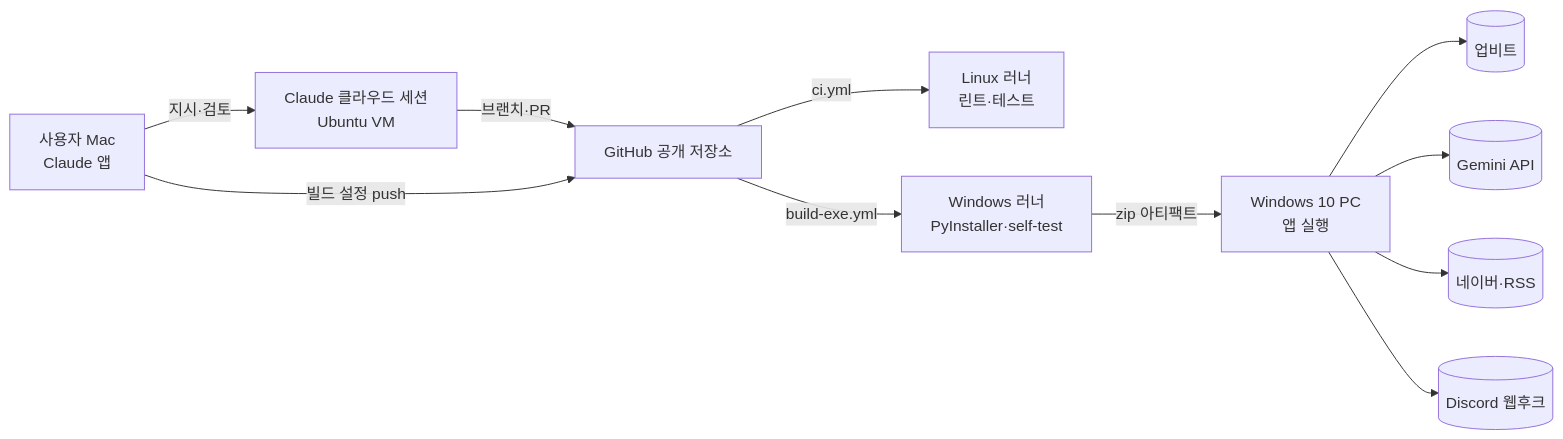
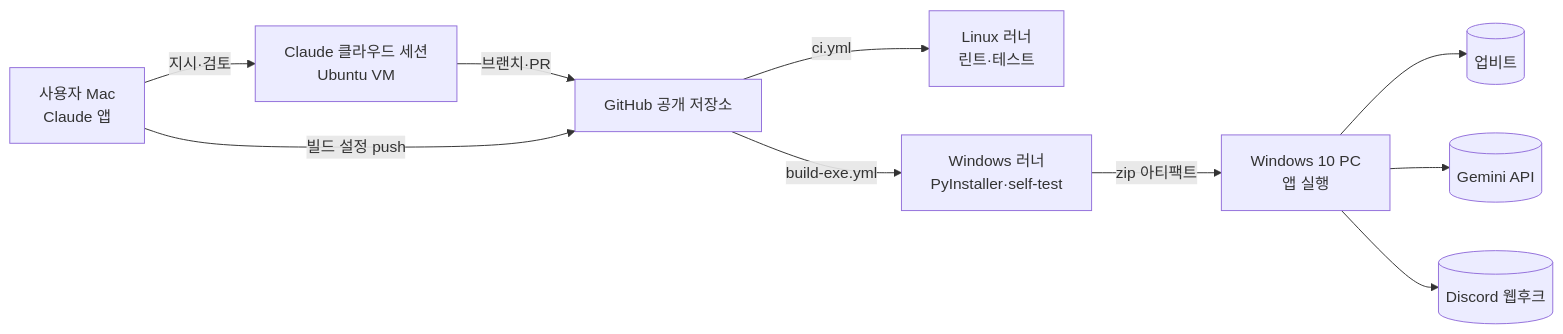
The first of 2 diagrams in docs/06-architecture/system-architecture.md (khy920723/upbit-autotrader), drawn with Mermaid before and after one commit. The commit also changed other lines of this file and 33 other files, not shown here.

````diff
--- a/docs/06-architecture/system-architecture.md
+++ b/docs/06-architecture/system-architecture.md
@@ -7,13 +7,12 @@
 ```mermaid
 flowchart LR
     U["사용자 Mac<br/>Claude 앱"] -- 지시·검토 --> C["Claude 클라우드 세션<br/>Ubuntu VM"]
     C -- 브랜치·PR --> G[GitHub 공개 저장소]
     U -- 빌드 설정 push --> G
     G -- ci.yml --> L["Linux 러너<br/>린트·테스트"]
     G -- build-exe.yml --> W["Windows 러너<br/>PyInstaller·self-test"]
     W -- zip 아티팩트 --> P["Windows 10 PC<br/>앱 실행"]
     P --> UP[(업비트)]
     P --> GM[(Gemini API)]
-    P --> NV[(네이버·RSS)]
     P --> DC[(Discord 웹후크)]
 ```
````
